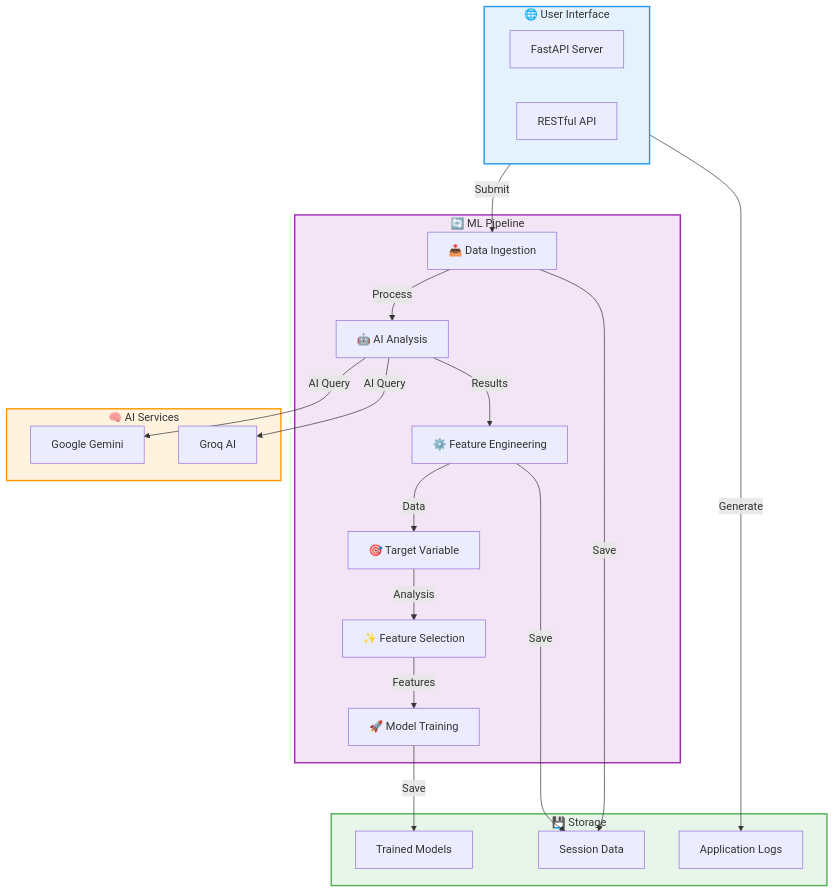
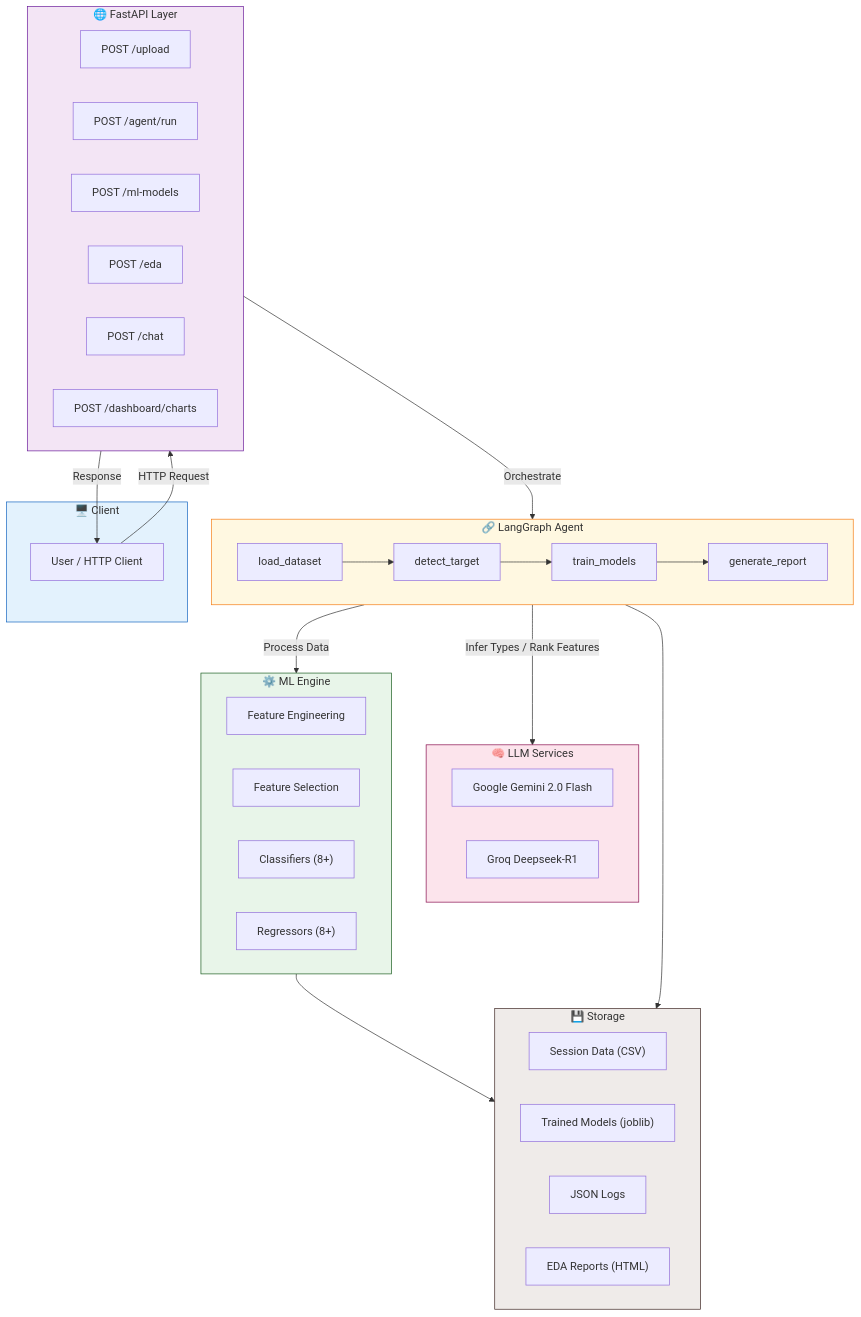
Before and after one commit to Mayuresh-Bairagi/automl: the first of 3 diagrams in README.md, drawn with Mermaid. The commit also changed other lines of this file, not shown here.

````diff
--- a/README.md
+++ b/README.md
@@ -163,46 +176,57 @@
 ```mermaid
 flowchart TB
-    subgraph Interface["🌐 User Interface"]
-        WEB["FastAPI Server"]
-        API["RESTful API"]
+    subgraph Client["🖥️ Client"]
+        U["User / HTTP Client"]
     end
-    
-    subgraph Pipeline["🔄 ML Pipeline"]
-        IN["📥 Data Ingestion"]
-        ANAL["🤖 AI Analysis"]
-        ENG["⚙️ Feature Engineering"]
-        TGT["🎯 Target Variable"]
-        SEL["✨ Feature Selection"]
-        TRAIN["🚀 Model Training"]
+
+    subgraph API["🌐 FastAPI Layer"]
+        EP1["POST /upload"]
+        EP2["POST /agent/run"]
+        EP3["POST /ml-models"]
+        EP4["POST /eda"]
+        EP5["POST /chat"]
+        EP6["POST /dashboard/charts"]
     end
-    
-    subgraph AI["🧠 AI Services"]
-        GM["Google Gemini"]
-        GQ["Groq AI"]
+
+    subgraph Agent["🔗 LangGraph Agent"]
+        N1["load_dataset"]
+        N2["detect_target"]
+        N3["train_models"]
+        N4["generate_report"]
+        N1 --> N2 --> N3 --> N4
     end
-    
+
+    subgraph LLM["🧠 LLM Services"]
+        GM["Google Gemini 2.0 Flash"]
+        GQ["Groq Deepseek-R1"]
+    end
+
+    subgraph ML["⚙️ ML Engine"]
+        FE["Feature Engineering"]
+        FS["Feature Selection"]
+        CLS["Classifiers (8+)"]
+        REG["Regressors (8+)"]
+    end
+
     subgraph Storage["💾 Storage"]
-        DATA["Session Data"]
-        MODELS["Trained Models"]
-        LOGS["Application Logs"]
+        SD["Session Data (CSV)"]
+        MD["Trained Models (joblib)"]
+        LG["JSON Logs"]
+        RP["EDA Reports (HTML)"]
     end
-    
-    Interface -->|Submit| IN
-    IN -->|Process| ANAL
-    ANAL -->|AI Query| GM
-    ANAL -->|AI Query| GQ
-    ANAL -->|Results| ENG
-    ENG -->|Data| TGT
-    TGT -->|Analysis| SEL
-    SEL -->|Features| TRAIN
-    
-    IN -->|Save| DATA
-    ENG -->|Save| DATA
-    TRAIN -->|Save| MODELS
-    Interface -->|Generate| LOGS
-    
-    style Interface fill:#e3f2fd,stroke:#2196f3,stroke-width:2px
-    style Pipeline fill:#f3e5f5,stroke:#9c27b0,stroke-width:2px
-    style AI fill:#fff3e0,stroke:#ff9800,stroke-width:2px
-    style Storage fill:#e8f5e9,stroke:#4caf50,stroke-width:2px
+
+    U -->|HTTP Request| API
+    API -->|Orchestrate| Agent
+    Agent -->|Infer Types / Rank Features| LLM
+    Agent -->|Process Data| ML
+    ML --> Storage
+    Agent --> Storage
+    API -->|Response| U
+
+    style Client fill:#e3f2fd,stroke:#1565c0
+    style API fill:#f3e5f5,stroke:#6a1b9a
+    style Agent fill:#fff8e1,stroke:#f57f17
+    style LLM fill:#fce4ec,stroke:#880e4f
+    style ML fill:#e8f5e9,stroke:#1b5e20
+    style Storage fill:#efebe9,stroke:#3e2723
 ```
````
